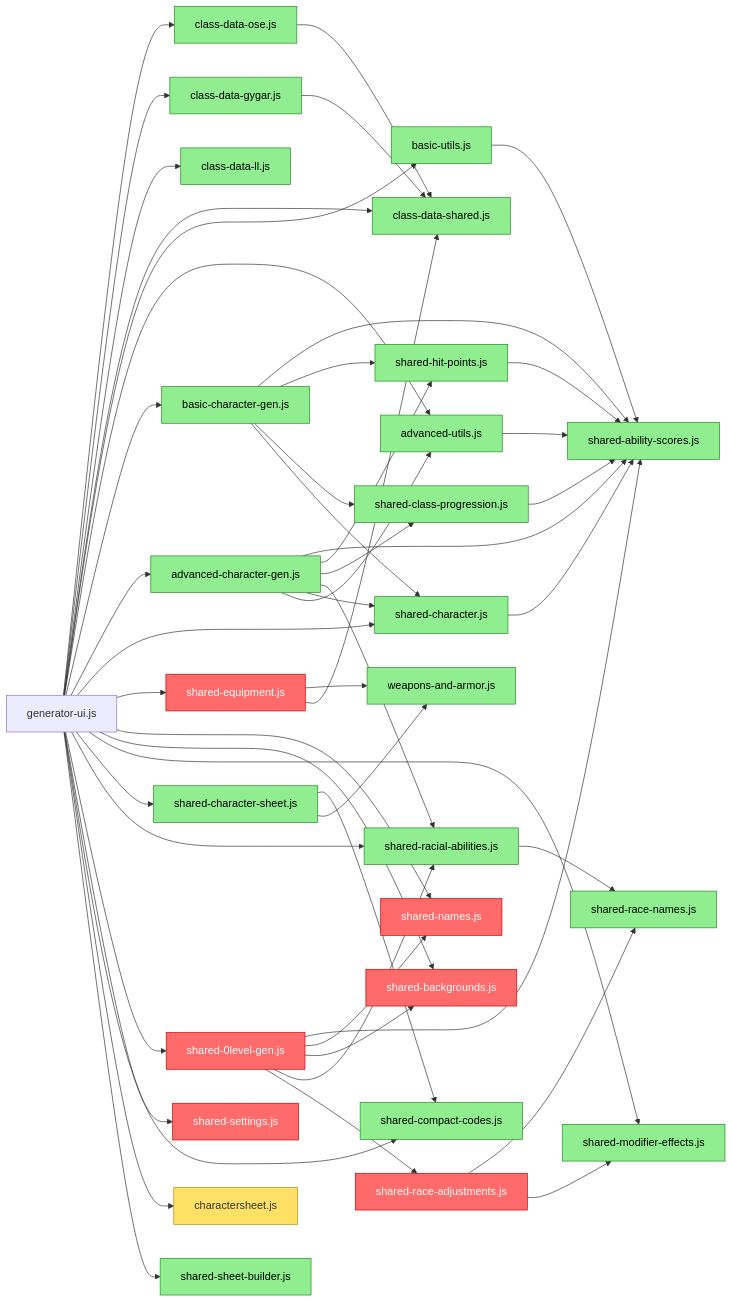
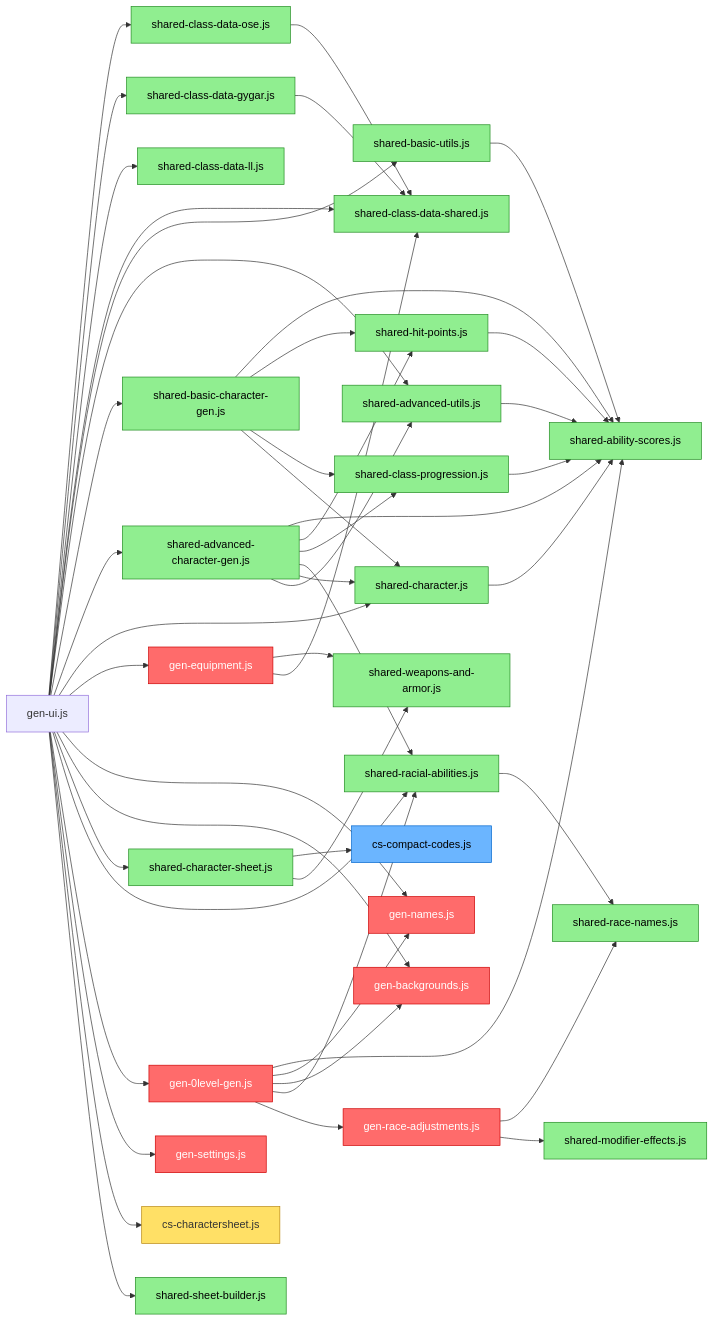
Before and after one commit to bmfrosty/ose-level-0: the second of 2 diagrams in FLOWCHART.md, drawn with Mermaid. The commit also changed other lines of this file and 30 other files, not shown here.

```diff
--- a/FLOWCHART.md
+++ b/FLOWCHART.md
@@ -97,41 +103,43 @@
 flowchart LR
     classDef shared  fill:#90EE90,stroke:#228B22,color:#000
     classDef genOnly fill:#ff6b6b,stroke:#c00,color:#fff
+    classDef csOnly  fill:#6bb5ff,stroke:#0066cc,color:#000
 
-    genui["generator-ui.js"]
+    genui["gen-ui.js"]
 
-    csjs["charactersheet.js"]
-    basicgen["basic-character-gen.js"]
-    advgen["advanced-character-gen.js"]
-    zgen["shared-0level-gen.js"]
-    basicutils["basic-utils.js"]
-    advutils["advanced-utils.js"]
+    csjs["cs-charactersheet.js"]
+    basicgen["shared-basic-character-gen.js"]
+    advgen["shared-advanced-character-gen.js"]
+    zgen["gen-0level-gen.js"]
+    basicutils["shared-basic-utils.js"]
+    advutils["shared-advanced-utils.js"]
     clsprog["shared-class-progression.js"]
     char["shared-character.js"]
     hp["shared-hit-points.js"]
-    racadj["shared-race-adjustments.js"]
+    racadj["gen-race-adjustments.js"]
     racial["shared-racial-abilities.js"]
     racenames["shared-race-names.js"]
-    eq["shared-equipment.js"]
-    settings["shared-settings.js"]
-    names["shared-names.js"]
-    bg["shared-backgrounds.js"]
+    eq["gen-equipment.js"]
+    settings["gen-settings.js"]
+    names["gen-names.js"]
+    bg["gen-backgrounds.js"]
     modeff["shared-modifier-effects.js"]
     abilsc["shared-ability-scores.js"]
     sheetbuilder["shared-sheet-builder.js"]
     charsheetjs["shared-character-sheet.js"]
-    compact["shared-compact-codes.js"]
-    wa["weapons-and-armor.js"]
-    cdshared["class-data-shared.js"]
-    cdose["class-data-ose.js"]
-    cdgygar["class-data-gygar.js"]
-    cdll["class-data-ll.js"]
+    compact["cs-compact-codes.js"]
+    wa["shared-weapons-and-armor.js"]
+    cdshared["shared-class-data-shared.js"]
+    cdose["shared-class-data-ose.js"]
+    cdgygar["shared-class-data-gygar.js"]
+    cdll["shared-class-data-ll.js"]
 
-    class basicgen,advgen,basicutils,advutils,clsprog,char,hp,racial,racenames,modeff,abilsc,sheetbuilder,charsheetjs,compact,wa,cdshared,cdose,cdgygar,cdll shared
+    class basicgen,advgen,basicutils,advutils,clsprog,char,hp,racial,racenames,modeff,abilsc,sheetbuilder,charsheetjs,wa,cdshared,cdose,cdgygar,cdll shared
     class zgen,racadj,eq,settings,names,bg genOnly
+    class compact csOnly
     style csjs fill:#ffe066,stroke:#b8860b,color:#333
 
-    %% generator-ui.js static imports
+    %% gen-ui.js static imports
     genui --> cdose
     genui --> cdgygar
     genui --> cdll
@@ -144,16 +152,14 @@
     genui --> eq
     genui --> names
     genui --> bg
-    genui --> modeff
     genui --> charsheetjs
     genui --> racial
     genui --> zgen
     genui --> settings
-    genui --> compact
     genui --> csjs
     genui --> sheetbuilder
 
-    %% charactersheet.js — not expanded here, see diagram above
+    %% cs-charactersheet.js — not expanded here, see diagram above
     charsheetjs --> compact
     charsheetjs --> wa
 
```
